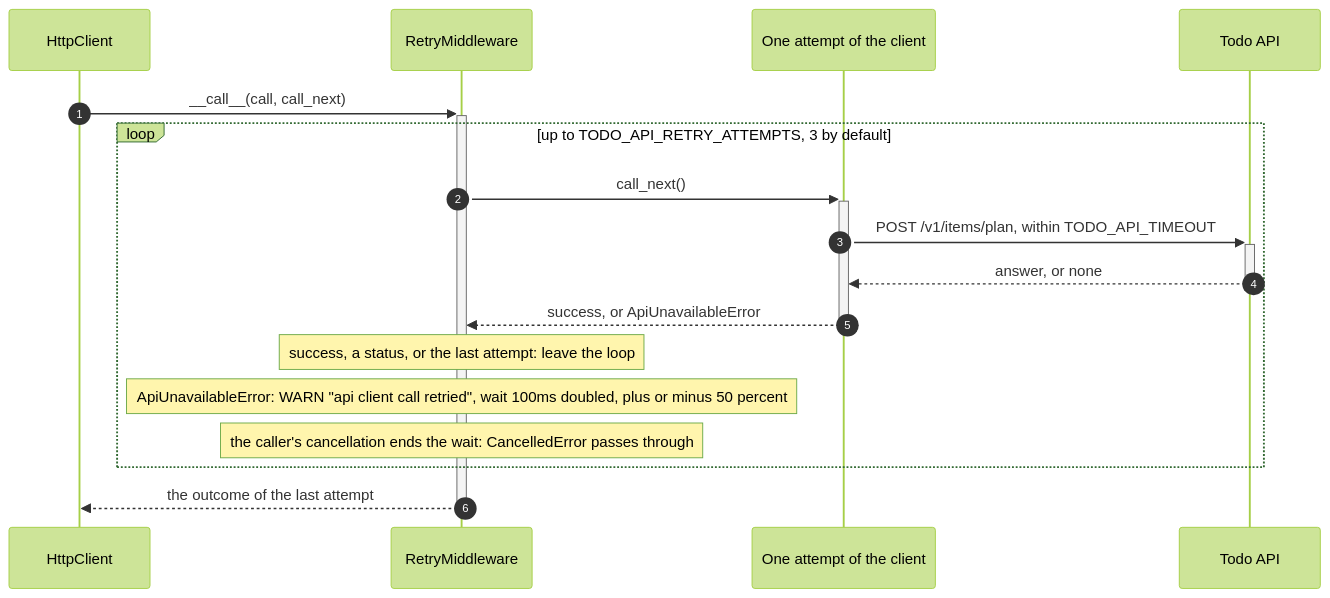
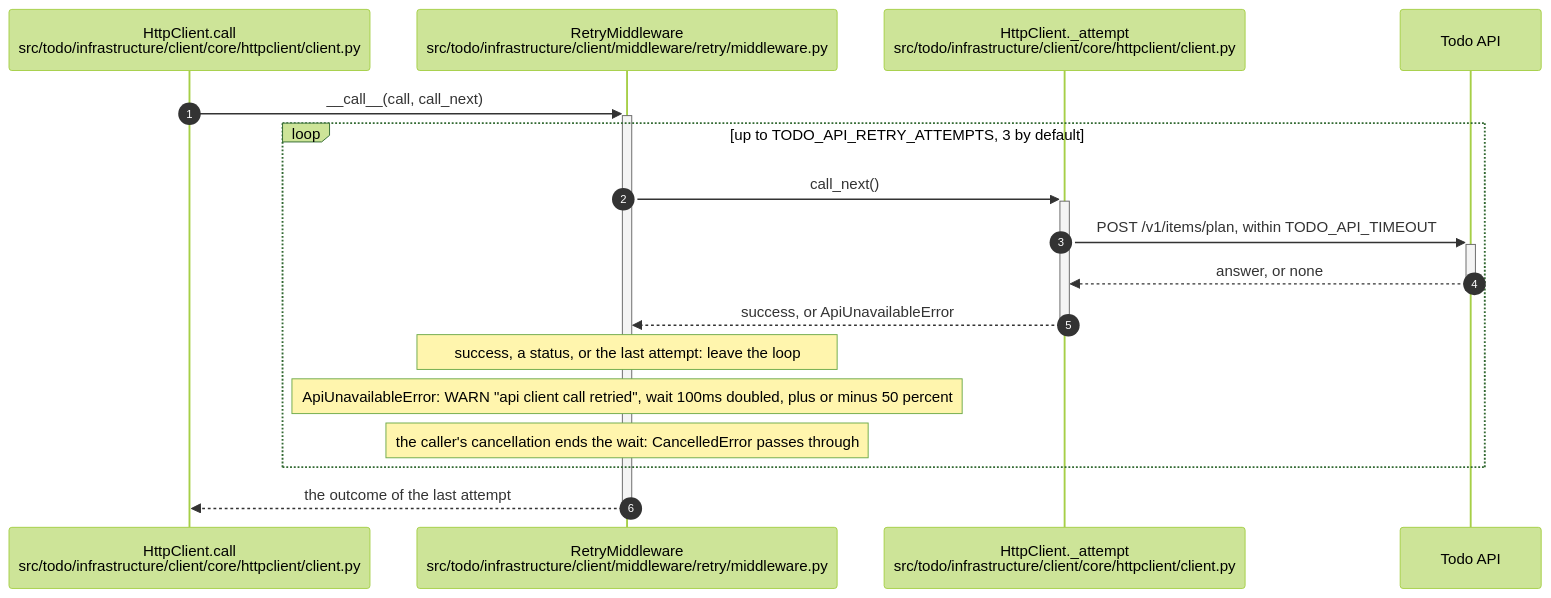
Before and after one commit to InsonusK/ai-skills: the diagram in library/architecture/python/vp-client-retry-in-python.skill/diagrams/example-flow.mmd, drawn with Mermaid (forest theme). The commit also changed 9 other files, not shown here.

Commit message:
vp-diagrams: each participant of a sequence names its real class and its file

```diff
--- a/library/architecture/python/vp-client-retry-in-python.skill/diagrams/example-flow.mmd
+++ b/library/architecture/python/vp-client-retry-in-python.skill/diagrams/example-flow.mmd
@@ -1,18 +1,18 @@
 sequenceDiagram
     autonumber
-    participant Client as HttpClient
-    participant Retry as RetryMiddleware
-    participant Attempt as One attempt of the client
+    participant Client as HttpClient.call<br/>src/todo/infrastructure/client/core/httpclient/client.py
+    participant Retry as RetryMiddleware<br/>src/todo/infrastructure/client/middleware/retry/middleware.py
+    participant Attempt as HttpClient._attempt<br/>src/todo/infrastructure/client/core/httpclient/client.py
     participant API as Todo API
 
     Client->>+Retry: __call__(call, call_next)
     loop up to TODO_API_RETRY_ATTEMPTS, 3 by default
         Retry->>+Attempt: call_next()
         Attempt->>+API: POST /v1/items/plan, within TODO_API_TIMEOUT
         API-->>-Attempt: answer, or none
         Attempt-->>-Retry: success, or ApiUnavailableError
         Note over Retry: success, a status, or the last attempt: leave the loop
         Note over Retry: ApiUnavailableError: WARN "api client call retried", wait 100ms doubled, plus or minus 50 percent
         Note over Retry: the caller's cancellation ends the wait: CancelledError passes through
     end
     Retry-->>-Client: the outcome of the last attempt
```
